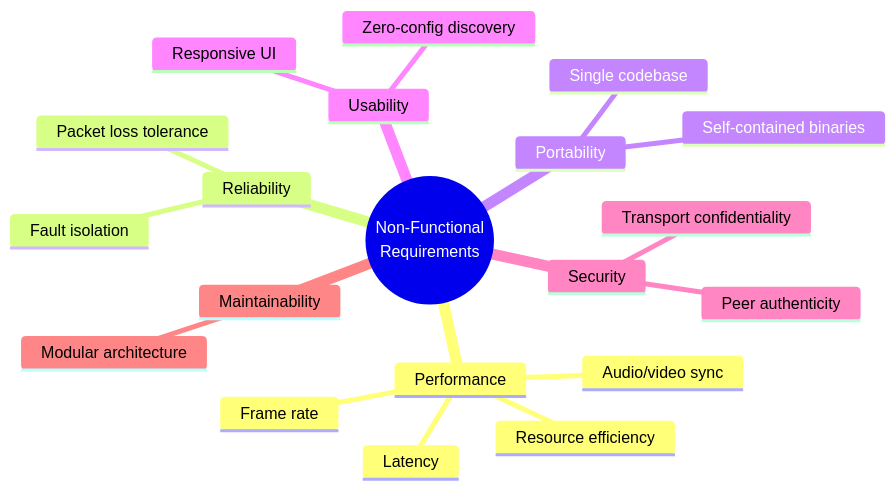
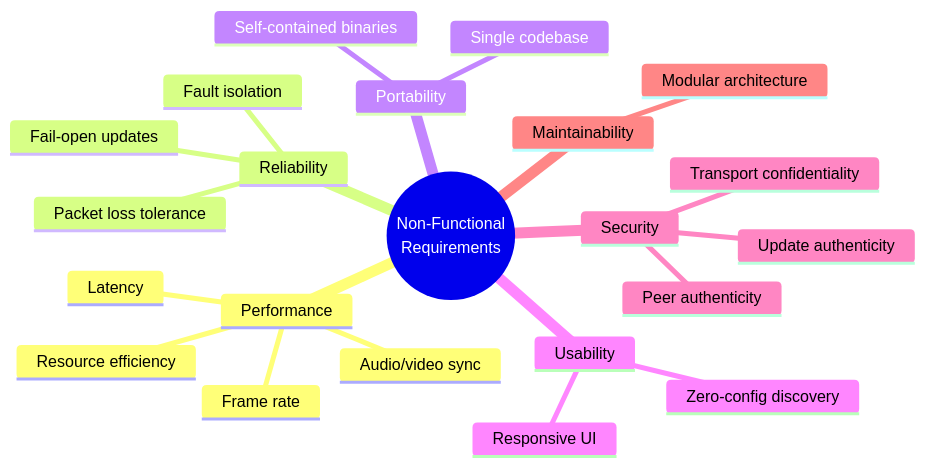
One commit to gventino/peeroxide changed the diagram in docs/non-functional-requirements.md. Above: the diagram before and after it, drawn with Mermaid. The commit also changed other lines of this file and 3 other files, not shown here.

````diff
--- a/docs/non-functional-requirements.md
+++ b/docs/non-functional-requirements.md
@@ -5,23 +5,25 @@
 ```mermaid
 mindmap
   root((Non-Functional<br/>Requirements))
     Performance
       Latency
       Frame rate
       Resource efficiency
       Audio/video sync
     Reliability
       Packet loss tolerance
       Fault isolation
+      Fail-open updates
     Portability
       Single codebase
       Self-contained binaries
     Usability
       Zero-config discovery
       Responsive UI
     Security
       Transport confidentiality
       Peer authenticity
+      Update authenticity
     Maintainability
       Modular architecture
 ```
````
